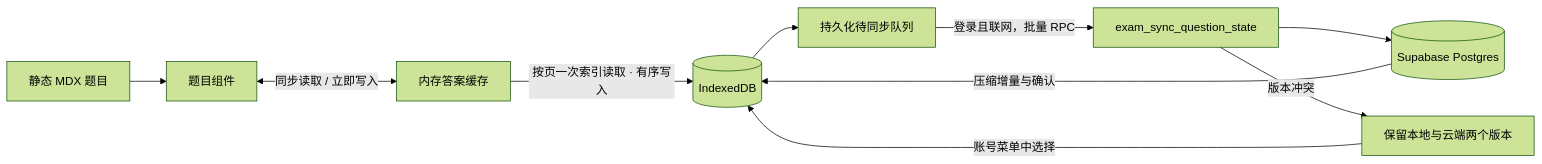
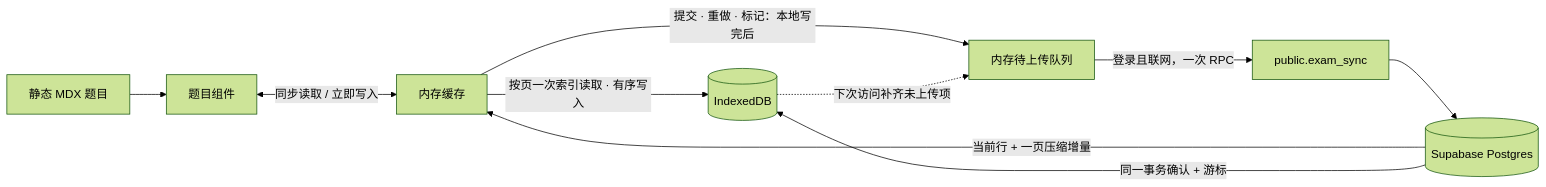
The diagram in docs/question-database.md (ActiveInsighter/exam-docs), drawn with Mermaid (forest theme) before and after one commit. The commit also changed other lines of this file and 38 other files, not shown here.

````diff
--- a/docs/question-database.md
+++ b/docs/question-database.md
@@ -25,12 +55,12 @@
 ```mermaid
 flowchart LR
   MDX[静态 MDX 题目] --> UI[题目组件]
-  UI <-->|同步读取 / 立即写入| Cache[内存答案缓存]
+  UI <-->|同步读取 / 立即写入| Cache[内存缓存]
   Cache -->|按页一次索引读取 · 有序写入| IDB[(IndexedDB)]
-  IDB --> Outbox[持久化待同步队列]
-  Outbox -->|登录且联网，批量 RPC| RPC[exam_sync_question_state]
+  Cache -->|提交 · 重做 · 标记：本地写完后| Outbox[内存待上传队列]
+  IDB -.->|下次访问补齐未上传项| Outbox
+  Outbox -->|登录且联网，一次 RPC| RPC[public.exam_sync]
   RPC --> DB[(Supabase Postgres)]
-  DB -->|压缩增量与确认| IDB
-  RPC -->|版本冲突| Conflict[保留本地与云端两个版本]
-  Conflict -->|账号菜单中选择| IDB
+  DB -->|当前行 + 一页压缩增量| Cache
+  DB -->|同一事务确认 + 游标| IDB
 ```
````
